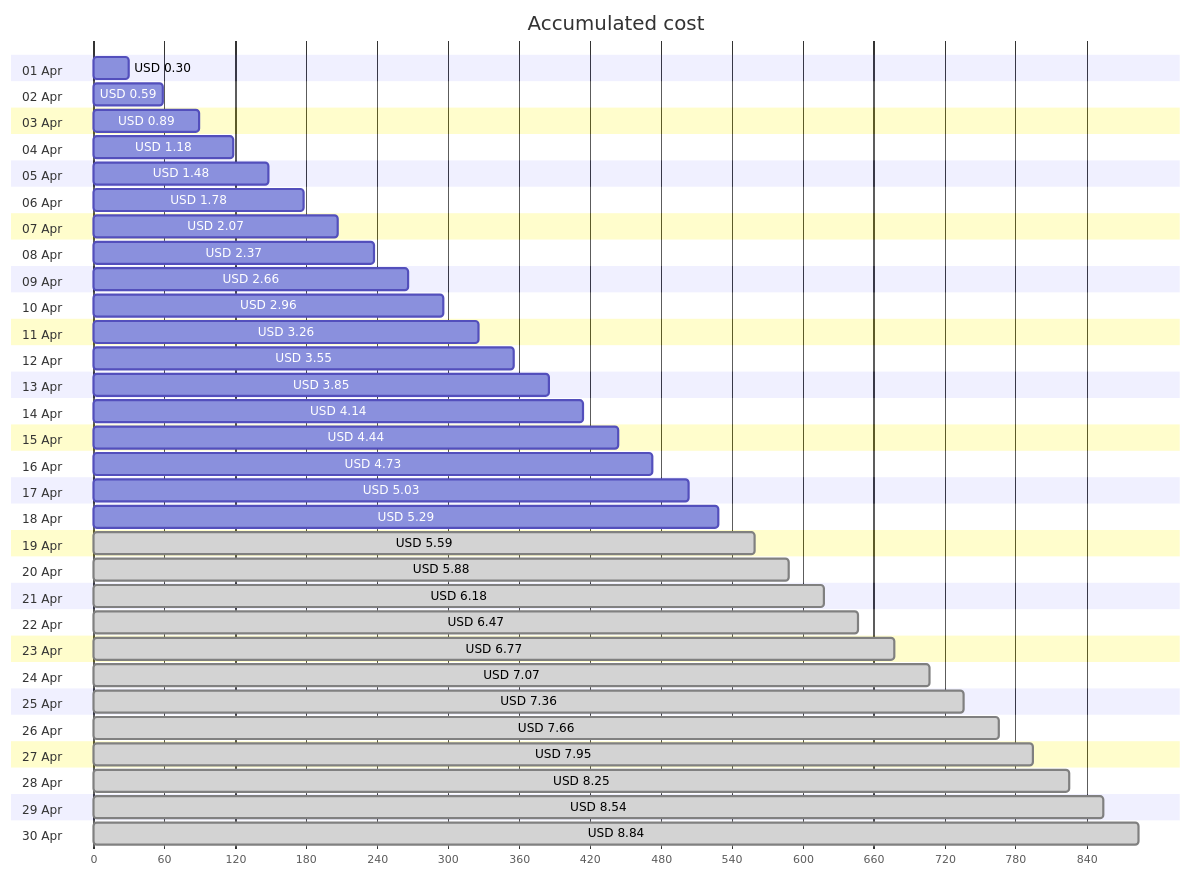
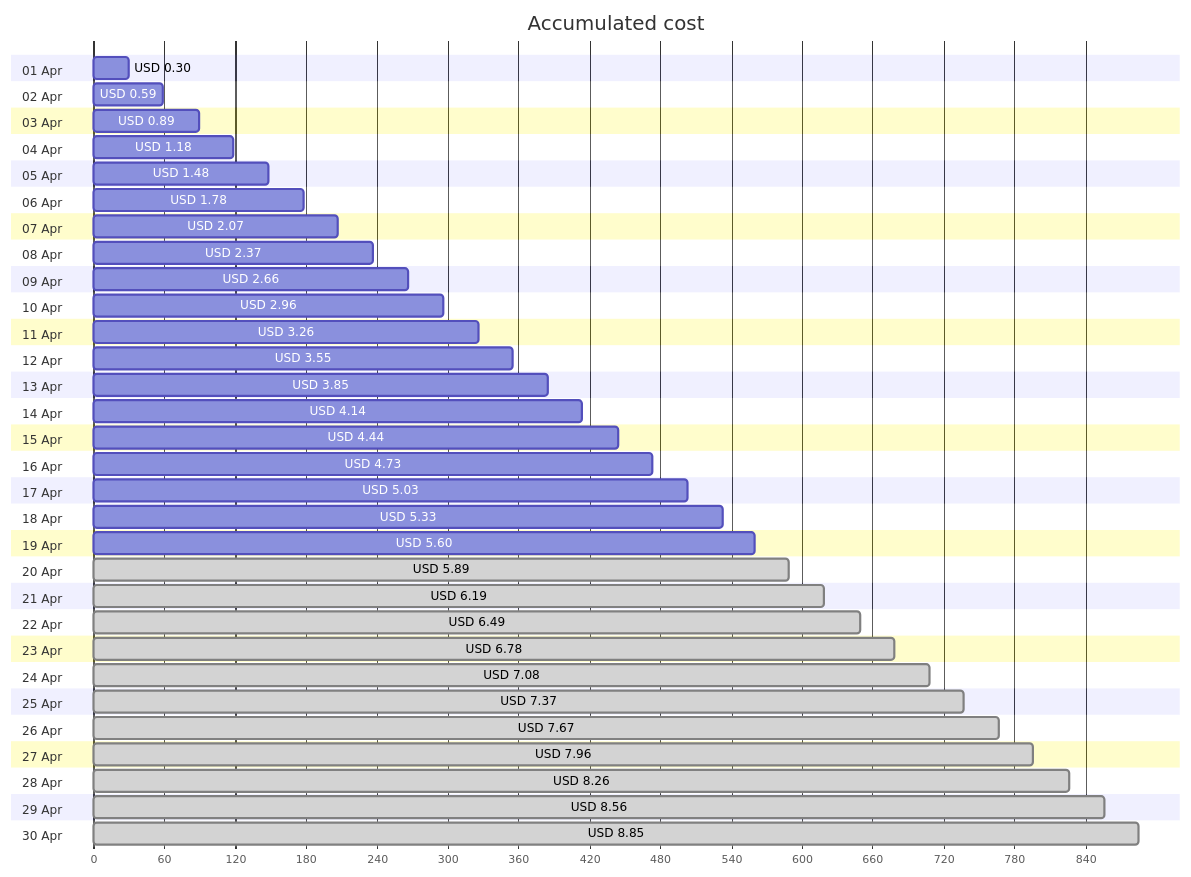
Before and after one commit to jpfulton/azure-personal-reports: the first of 4 diagrams in cost-reports/personal-site/personal-site-preview.md, drawn with Mermaid. The commit also changed other lines of this file and 6 other files, not shown here.

````diff
--- a/cost-reports/personal-site/personal-site-preview.md
+++ b/cost-reports/personal-site/personal-site-preview.md
@@ -20,66 +20,66 @@
 ```mermaid
 gantt
    title Accumulated cost
    dateFormat  X
    axisFormat %s
    section 01 Apr
    USD 0.30 :0, 30
    section 02 Apr
    USD 0.59 :0, 59
    section 03 Apr
    USD 0.89 :0, 89
    section 04 Apr
    USD 1.18 :0, 118
    section 05 Apr
    USD 1.48 :0, 148
    section 06 Apr
    USD 1.78 :0, 178
    section 07 Apr
    USD 2.07 :0, 207
    section 08 Apr
    USD 2.37 :0, 237
    section 09 Apr
    USD 2.66 :0, 266
    section 10 Apr
    USD 2.96 :0, 296
    section 11 Apr
    USD 3.26 :0, 326
    section 12 Apr
    USD 3.55 :0, 355
    section 13 Apr
    USD 3.85 :0, 385
    section 14 Apr
    USD 4.14 :0, 414
    section 15 Apr
    USD 4.44 :0, 444
    section 16 Apr
    USD 4.73 :0, 473
    section 17 Apr
    USD 5.03 :0, 503
    section 18 Apr
-   USD 5.29 :0, 529
+   USD 5.33 :0, 533
    section 19 Apr
-   USD 5.59 : done, 0, 559
+   USD 5.60 :0, 560
    section 20 Apr
-   USD 5.88 : done, 0, 588
+   USD 5.89 : done, 0, 589
    section 21 Apr
-   USD 6.18 : done, 0, 618
+   USD 6.19 : done, 0, 619
    section 22 Apr
-   USD 6.47 : done, 0, 647
+   USD 6.49 : done, 0, 649
    section 23 Apr
-   USD 6.77 : done, 0, 677
+   USD 6.78 : done, 0, 678
    section 24 Apr
-   USD 7.07 : done, 0, 707
+   USD 7.08 : done, 0, 708
    section 25 Apr
-   USD 7.36 : done, 0, 736
+   USD 7.37 : done, 0, 737
    section 26 Apr
-   USD 7.66 : done, 0, 766
+   USD 7.67 : done, 0, 767
    section 27 Apr
-   USD 7.95 : done, 0, 795
+   USD 7.96 : done, 0, 796
    section 28 Apr
-   USD 8.25 : done, 0, 825
+   USD 8.26 : done, 0, 826
    section 29 Apr
-   USD 8.54 : done, 0, 854
+   USD 8.56 : done, 0, 856
    section 30 Apr
-   USD 8.84 : done, 0, 884
+   USD 8.85 : done, 0, 885
 ```
````
